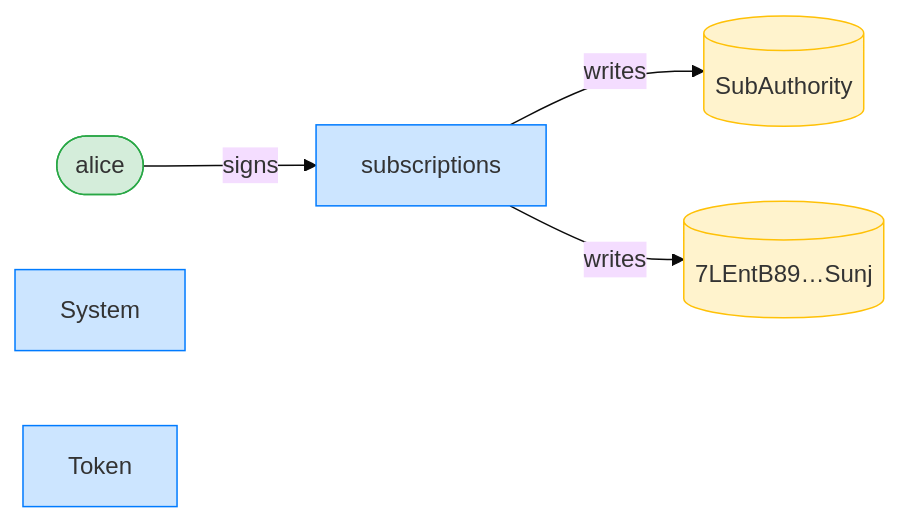
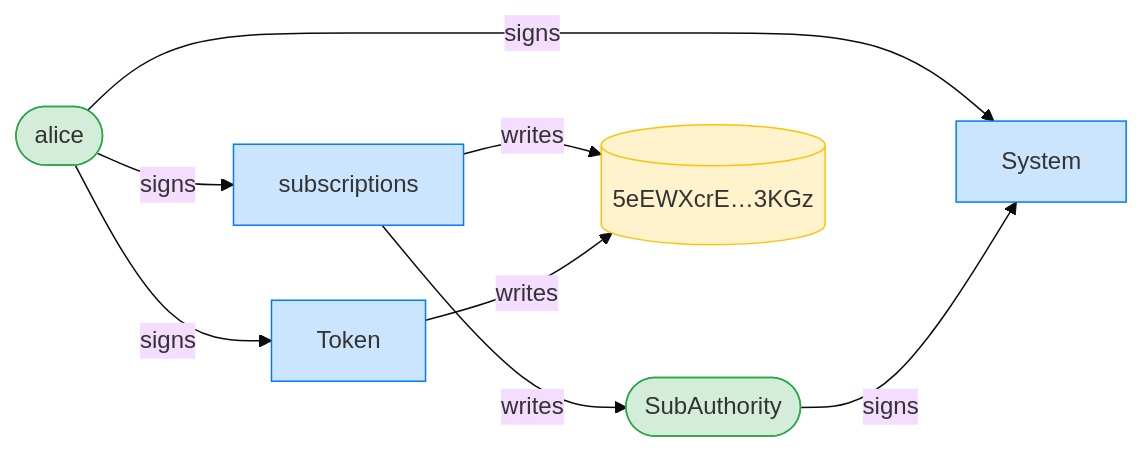
The third of 12 diagrams in dsl_tests/subscribe--happy-path-.md (cds-rs/subscriptions), drawn with Mermaid (base theme) before and after one commit. The commit also changed other lines of this file and 224 other files, not shown here.

````diff
--- a/dsl_tests/subscribe--happy-path-.md
+++ b/dsl_tests/subscribe--happy-path-.md
@@ -55,15 +56,19 @@
 ```mermaid
 flowchart LR
     classDef signer fill:#d4edda,stroke:#28a745;
     classDef program fill:#cce5ff,stroke:#007bff;
     classDef writable fill:#fff3cd,stroke:#ffc107;
     subscriptions[subscriptions]:::program
     alice([alice]):::signer
-    SubAuthority[(SubAuthority)]:::writable
-    7LEntB89_Sunj[("7LEntB89…Sunj")]:::writable
+    SubAuthority([SubAuthority]):::signer
+    5eEWXcrE_3KGz[("5eEWXcrE…3KGz")]:::writable
     System[System]:::program
     Token[Token]:::program
     alice -->|signs| subscriptions
+    alice -->|signs| System
+    SubAuthority -->|signs| System
+    alice -->|signs| Token
     subscriptions -->|writes| SubAuthority
-    subscriptions -->|writes| 7LEntB89_Sunj
+    subscriptions -->|writes| 5eEWXcrE_3KGz
+    Token -->|writes| 5eEWXcrE_3KGz
 ```
````
